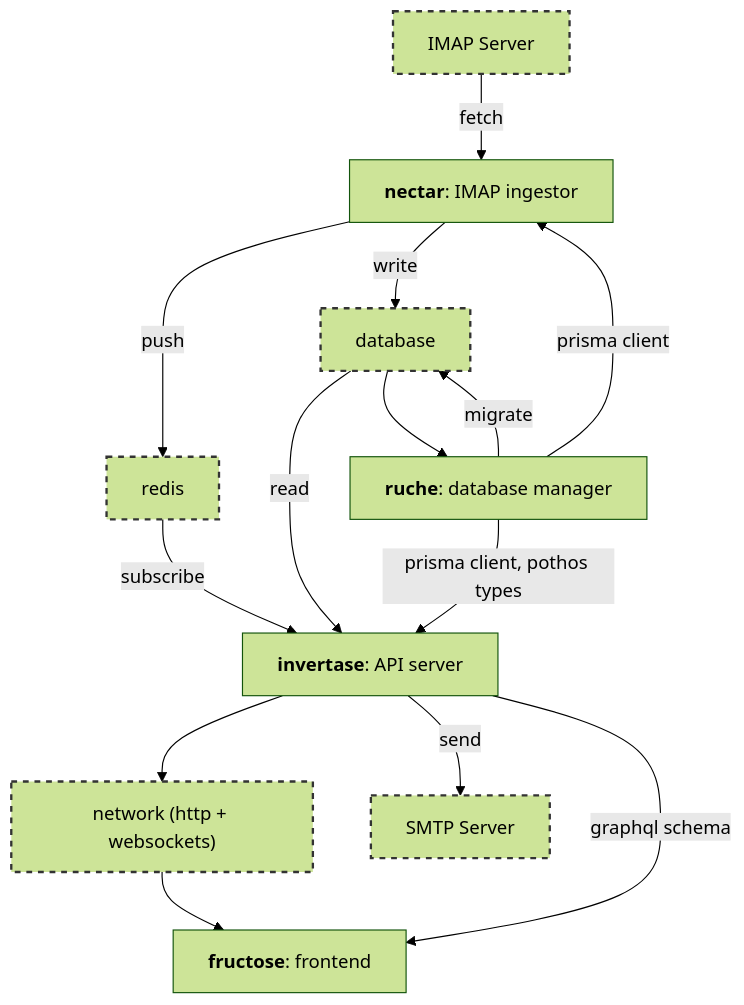
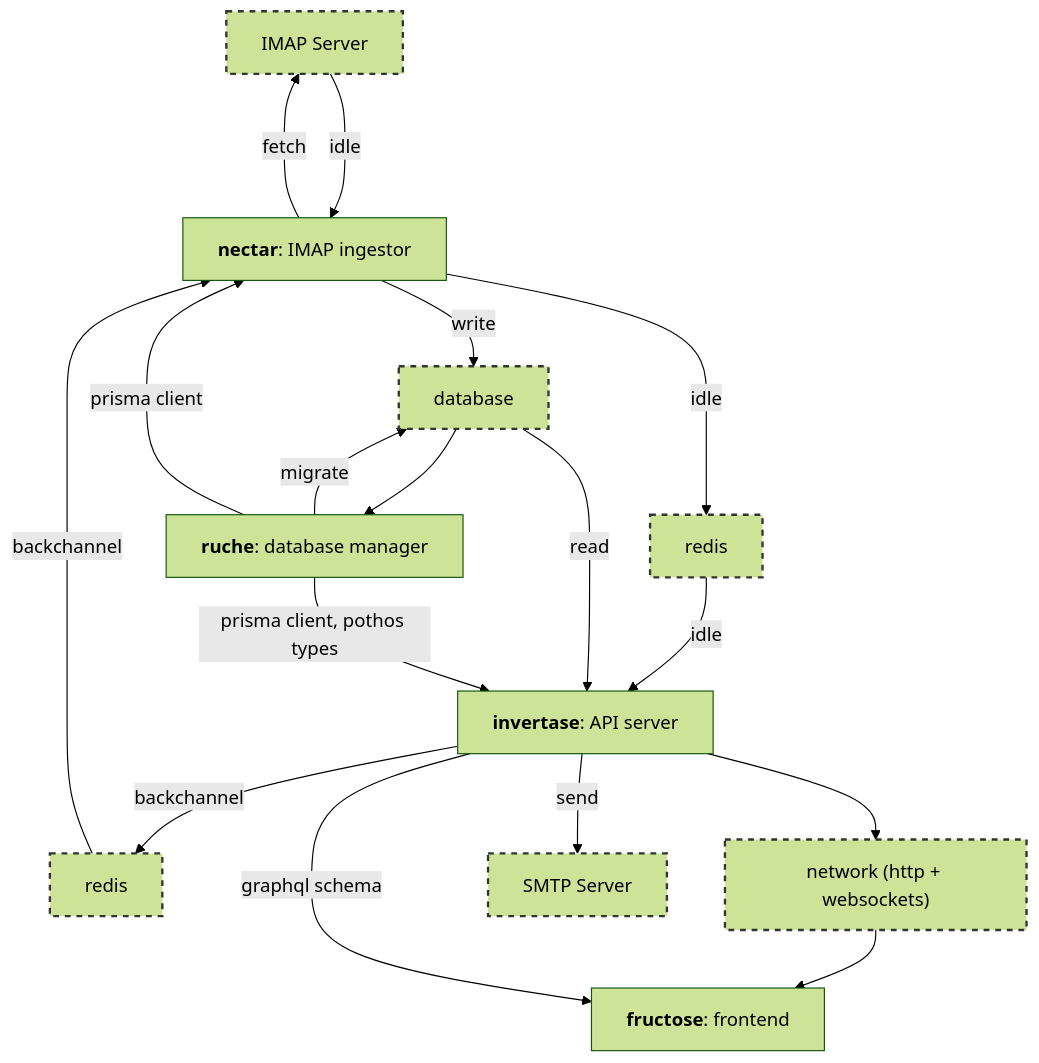
The diagram in packages/README.md (ewen-lbh/miel), drawn with Mermaid (forest theme) before and after one commit. The commit also changed other lines of this file, not shown here.

````diff
--- a/packages/README.md
+++ b/packages/README.md
@@ -3,36 +3,41 @@
 ```mermaid
 graph TD
   style imap stroke:#333,stroke-width:2px,stroke-dasharray: 5,5;
   style redis stroke:#333,stroke-width:2px,stroke-dasharray: 5,5;
+  style redis_ stroke:#333,stroke-width:2px,stroke-dasharray: 5,5;
   style db stroke:#333,stroke-width:2px,stroke-dasharray: 5,5;
   style network stroke:#333,stroke-width:2px,stroke-dasharray: 5,5;
   style smtp stroke:#333,stroke-width:2px,stroke-dasharray: 5,5;
 
   db["database"]
   redis["redis"]
+  redis_["redis"]
   imap["IMAP Server"]
   network["network (http + websockets)"]
   smtp["SMTP Server"]
 
   ruche["<b>ruche</b>: database manager"]
   nectar["<b>nectar</b>: IMAP ingestor"]
   invertase["<b>invertase</b>: API server"]
   fructose["<b>fructose</b>: frontend"]
 
-  imap -->|fetch| nectar
+  nectar -->|fetch| imap
+  imap --->|idle| nectar
   nectar -->|write| db
-  nectar -->|push| redis
+
+  nectar -->|idle| redis -->|idle| invertase
+  invertase -->|backchannel| redis_ -->|backchannel| nectar
+  
 
   db --> ruche
   ruche -->|migrate| db
 
-  redis -->|subscribe| invertase
   db -->|read| invertase
   invertase -->|send| smtp
 
   invertase --> network --> fructose
   ruche -->|prisma client, pothos types| invertase
   ruche -->|prisma client| nectar
   invertase -->|graphql schema| fructose
 
 ```
````
